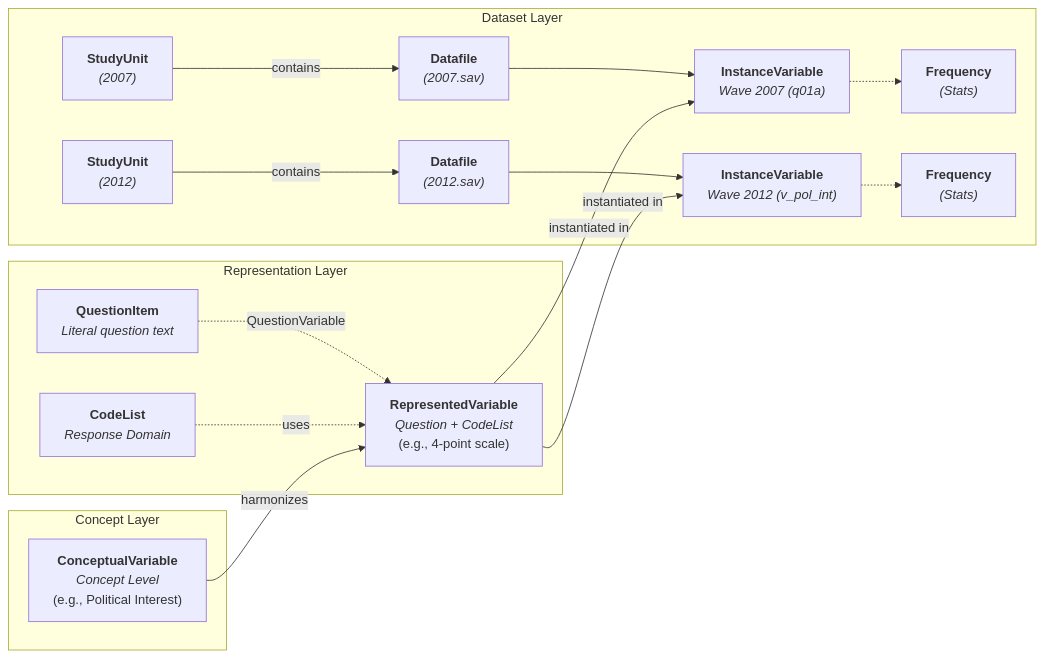
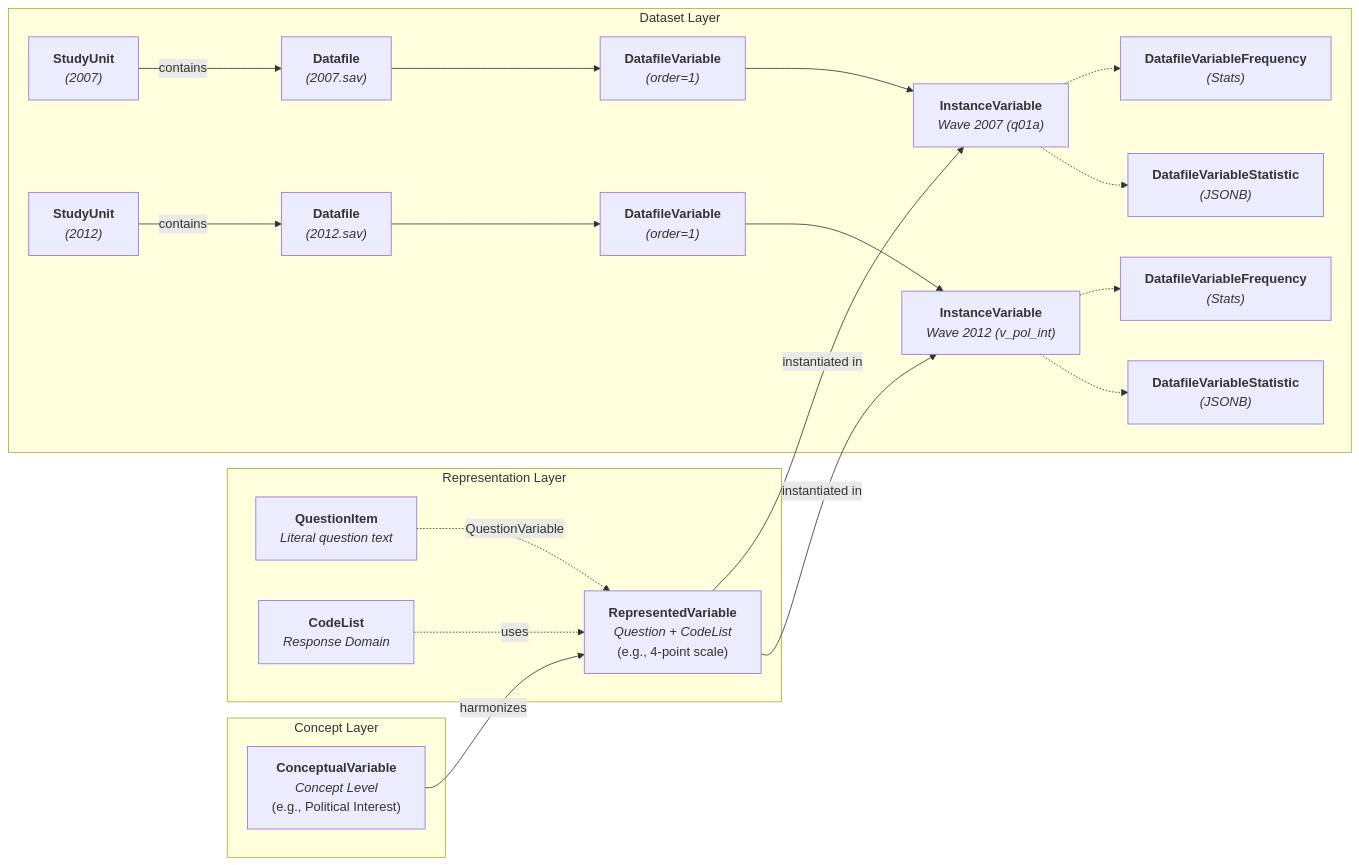
The fourth of 6 diagrams in deliverables/research/database.md (PlgaH/fairwddi-wp3-3), drawn with Mermaid before and after one commit. The commit also changed other lines of this file and 4 other files, not shown here.

Commit message:
refactor: update database schema research with DatafileVariable relationships and statistics tables

````diff
--- a/deliverables/research/database.md
+++ b/deliverables/research/database.md
@@ -653,23 +653,25 @@
 ```mermaid
 graph LR
     subgraph Concept_Layer ["Concept Layer"]
         CV["<b>ConceptualVariable</b><br/><i>Concept Level</i><br/>(e.g., Political Interest)"]
     end
     subgraph Representation_Layer ["Representation Layer"]
         RV["<b>RepresentedVariable</b><br/><i>Question + CodeList</i><br/>(e.g., 4-point scale)"]
         QI["<b>QuestionItem</b><br/><i>Literal question text</i>"] -.->|QuestionVariable| RV
         CL["<b>CodeList</b><br/><i>Response Domain</i>"] -.->|uses| RV
     end
     subgraph Dataset_Layer ["Dataset Layer"]
-        DF1["<b>Datafile</b><br/><i>(2007.sav)</i>"] --> IV1["<b>InstanceVariable</b><br/><i>Wave 2007 (q01a)</i>"]
-        DF2["<b>Datafile</b><br/><i>(2012.sav)</i>"] --> IV2["<b>InstanceVariable</b><br/><i>Wave 2012 (v_pol_int)</i>"]
-        SU1["<b>StudyUnit</b><br/><i>(2007)</i>"] -->|contains| DF1
-        SU2["<b>StudyUnit</b><br/><i>(2012)</i>"] -->|contains| DF2
-        IV1 -.-> Freq1["<b>Frequency</b><br/><i>(Stats)</i>"]
-        IV2 -.-> Freq2["<b>Frequency</b><br/><i>(Stats)</i>"]
+        SU1["<b>StudyUnit</b><br/><i>(2007)</i>"] -->|contains| DF1["<b>Datafile</b><br/><i>(2007.sav)</i>"]
+        SU2["<b>StudyUnit</b><br/><i>(2012)</i>"] -->|contains| DF2["<b>Datafile</b><br/><i>(2012.sav)</i>"]
+        DF1 --> DV1["<b>DatafileVariable</b><br/><i>(order=1)</i>"] --> IV1["<b>InstanceVariable</b><br/><i>Wave 2007 (q01a)</i>"]
+        DF2 --> DV2["<b>DatafileVariable</b><br/><i>(order=1)</i>"] --> IV2["<b>InstanceVariable</b><br/><i>Wave 2012 (v_pol_int)</i>"]
+        IV1 -.-> Freq1["<b>DatafileVariableFrequency</b><br/><i>(Stats)</i>"]
+        IV2 -.-> Freq2["<b>DatafileVariableFrequency</b><br/><i>(Stats)</i>"]
+        IV1 -.-> Stat1["<b>DatafileVariableStatistic</b><br/><i>(JSONB)</i>"]
+        IV2 -.-> Stat2["<b>DatafileVariableStatistic</b><br/><i>(JSONB)</i>"]
     end
 
     CV -->|harmonizes| RV
     RV -->|instantiated in| IV1
     RV -->|instantiated in| IV2
 ```
````
